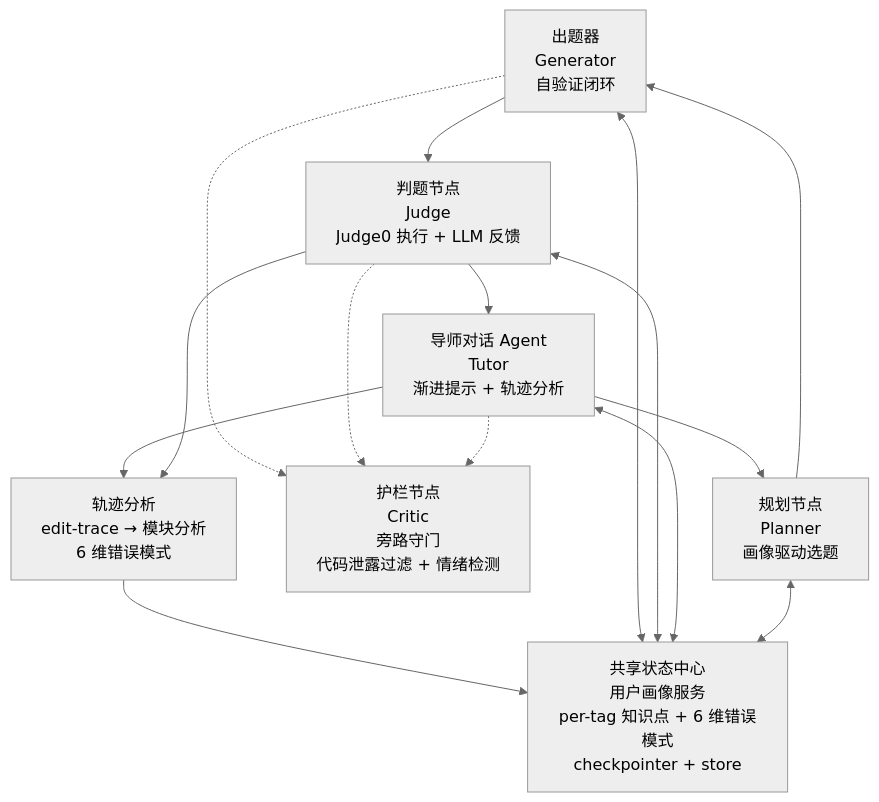
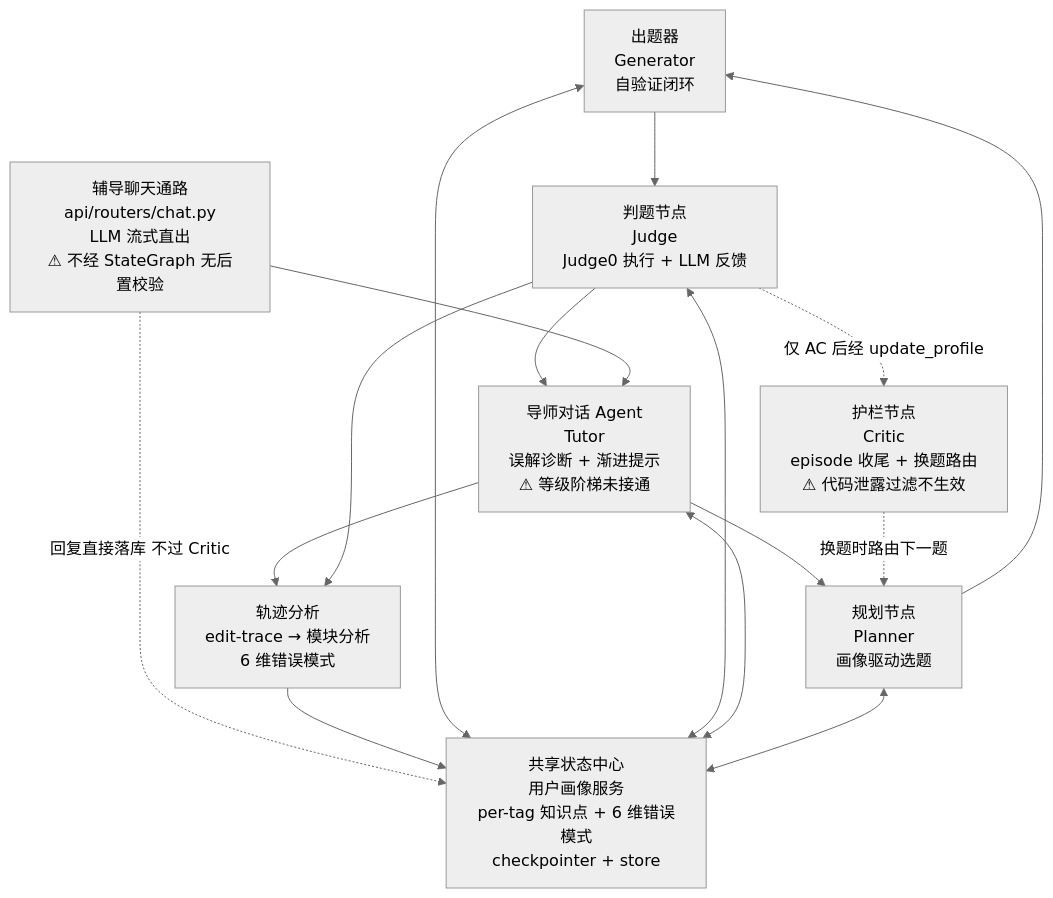
The diagram in README.md (YanzheShi/code-tutor-agent), drawn with Mermaid (neutral theme) before and after one commit. The commit also changed other lines of this file and 5 other files, not shown here.

````diff
--- a/README.md
+++ b/README.md
@@ -99,26 +102,28 @@
 ```mermaid
 flowchart TB
     PG[出题器<br/>Generator<br/>自验证闭环]
     PJ[判题节点<br/>Judge<br/>Judge0 执行 + LLM 反馈]
-    PT[导师对话 Agent<br/>Tutor<br/>渐进提示 + 轨迹分析]
+    PT[导师对话 Agent<br/>Tutor<br/>误解诊断 + 渐进提示<br/>⚠ 等级阶梯未接通]
     PP[规划节点<br/>Planner<br/>画像驱动选题]
-    PC[护栏节点<br/>Critic<br/>旁路守门<br/>代码泄露过滤 + 情绪检测]
+    PC[护栏节点<br/>Critic<br/>episode 收尾 + 换题路由<br/>⚠ 代码泄露过滤不生效]
+    CHAT[辅导聊天通路<br/>api/routers/chat.py<br/>LLM 流式直出<br/>⚠ 不经 StateGraph 无后置校验]
 
     TR[轨迹分析<br/>edit-trace → 模块分析<br/>6 维错误模式]
     UPS[共享状态中心<br/>用户画像服务<br/>per-tag 知识点 + 6 维错误模式<br/>checkpointer + store]
 
     PG --> PJ
     PJ --> PT
     PT --> PP
-    PG -.-> PC
-    PJ -.-> PC
-    PT -.-> PC
+    CHAT --> PT
+    CHAT -.->|回复直接落库 不过 Critic| UPS
+    PJ -.->|仅 AC 后经 update_profile| PC
     PP --> PG
+    PC -.->|换题时路由下一题| PP
     PT --> TR
     PJ --> TR
     TR --> UPS
     PG <--> UPS
     PJ <--> UPS
     PT <--> UPS
     PP <--> UPS
 ```
````
